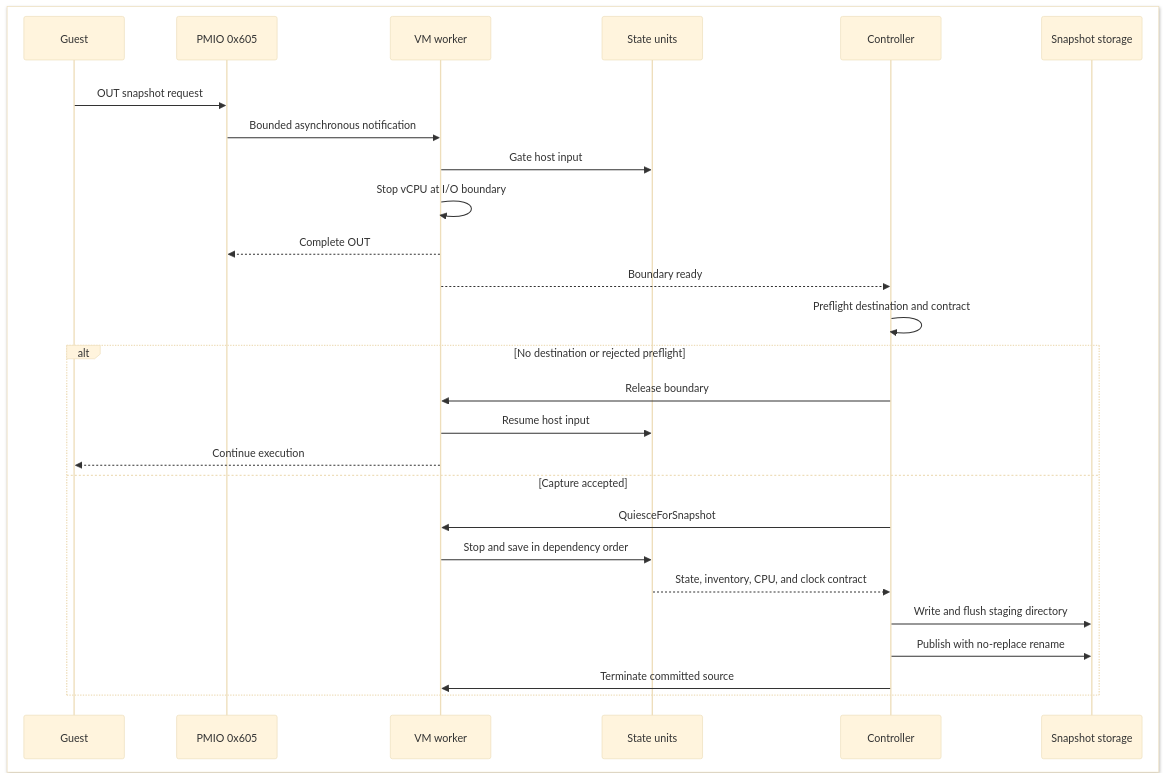
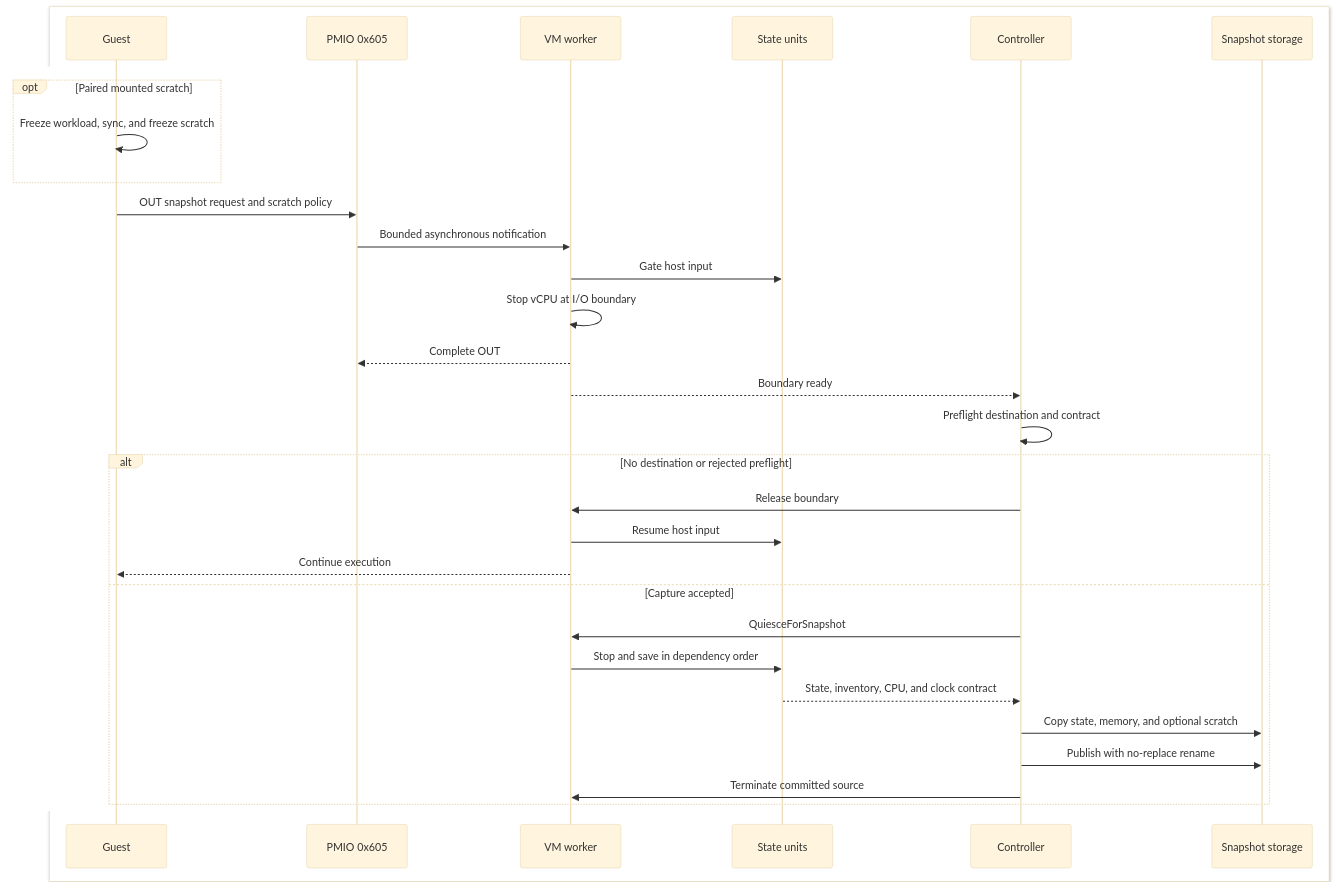
Before and after one commit to microsoft/nvx: the fourth of 7 diagrams in doc/design.md, drawn with Mermaid. The commit also changed other lines of this file and 3 other files, not shown here.

````diff
--- a/doc/design.md
+++ b/doc/design.md
@@ -390,34 +424,37 @@
 ```mermaid
 %%{init: {"theme": "base", "themeVariables": {"background": "#ffffff"}}}%%
 sequenceDiagram
    box rgb(255, 255, 255)
    participant Guest
    participant Port as PMIO 0x605
    participant Worker as VM worker
    participant Units as State units
    participant Controller
    participant Storage as Snapshot storage
    end
 
    rect rgb(255, 255, 255)
-   Guest->>Port: OUT snapshot request
+   opt Paired mounted scratch
+      Guest->>Guest: Freeze workload, sync, and freeze scratch
+   end
+   Guest->>Port: OUT snapshot request and scratch policy
    Port->>Worker: Bounded asynchronous notification
    Worker->>Units: Gate host input
    Worker->>Worker: Stop vCPU at I/O boundary
    Worker-->>Port: Complete OUT
    Worker-->>Controller: Boundary ready
    Controller->>Controller: Preflight destination and contract
    alt No destination or rejected preflight
       Controller->>Worker: Release boundary
       Worker->>Units: Resume host input
       Worker-->>Guest: Continue execution
    else Capture accepted
       Controller->>Worker: QuiesceForSnapshot
       Worker->>Units: Stop and save in dependency order
       Units-->>Controller: State, inventory, CPU, and clock contract
-      Controller->>Storage: Write and flush staging directory
+      Controller->>Storage: Copy state, memory, and optional scratch
       Controller->>Storage: Publish with no-replace rename
       Controller->>Worker: Terminate committed source
    end
    end
 ```
````
